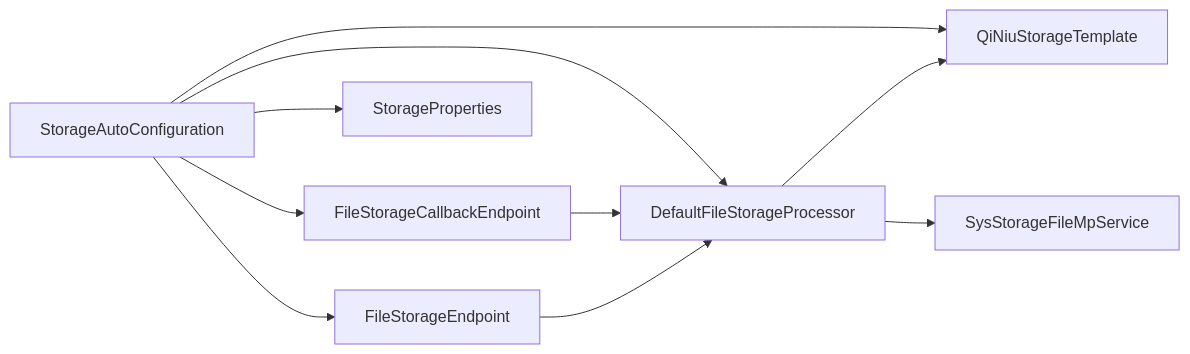
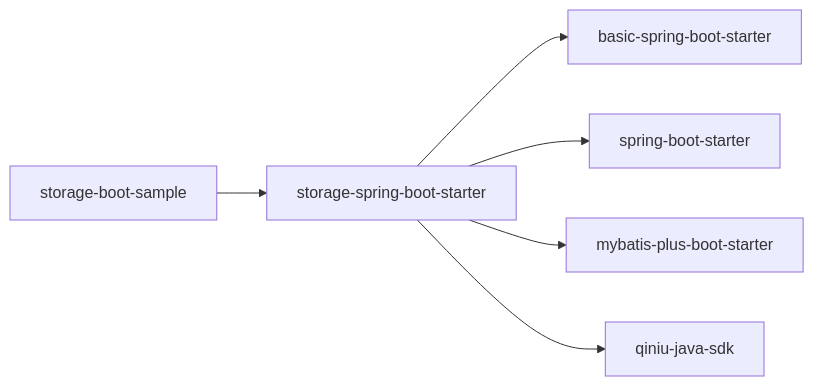
Before and after one commit to LiukewenSC/kewen-framework: the sixth of 7 diagrams in .qoder/repowiki/zh/content/示例应用/文件存储示例.md, drawn with Mermaid. The commit also changed other lines of this file and 195 other files, not shown here.

````diff
--- a/.qoder/repowiki/zh/content/示例应用/文件存储示例.md
+++ b/.qoder/repowiki/zh/content/示例应用/文件存储示例.md
@@ -285,12 +300,8 @@
 ```mermaid
 graph LR
-FSE["FileStorageEndpoint"] --> DFSP["DefaultFileStorageProcessor"]
-FSCE["FileStorageCallbackEndpoint"] --> DFSP
-DFSP --> QST["QiNiuStorageTemplate"]
-DFSP --> SSF["SysStorageFileMpService"]
-SAC["StorageAutoConfiguration"] --> FSE
-SAC --> FSCE
-SAC --> DFSP
-SAC --> QST
-SAC --> SP["StorageProperties"]
+    Sample["storage-boot-sample"] --> Starter["storage-spring-boot-starter"]
+    Starter --> Basic["basic-spring-boot-starter"]
+    Starter --> SpringBoot["spring-boot-starter"]
+    Starter --> MyBatisPlus["mybatis-plus-boot-starter"]
+    Starter --> QiniuSDK["qiniu-java-sdk"]
 ```
````
